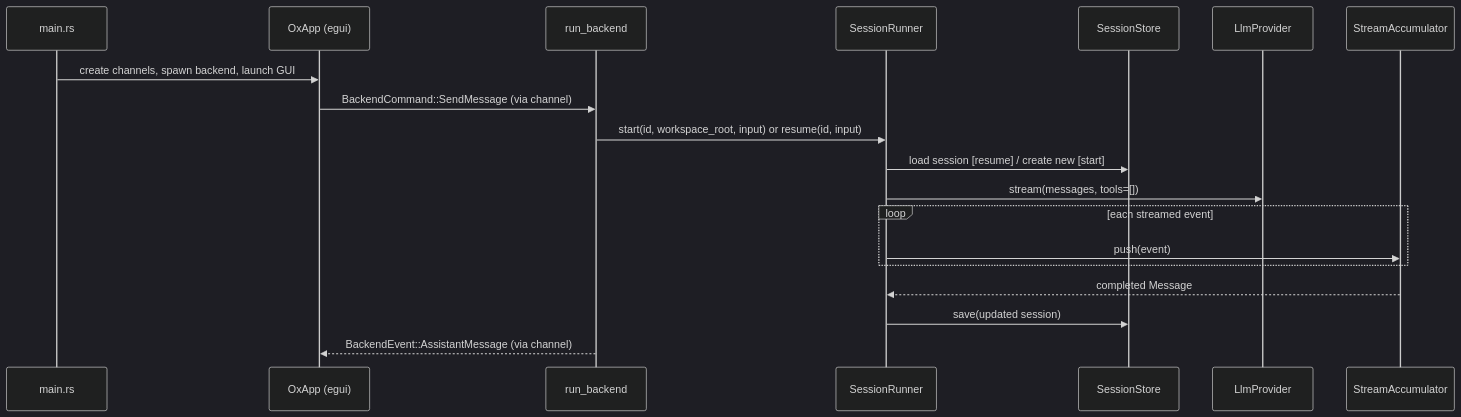
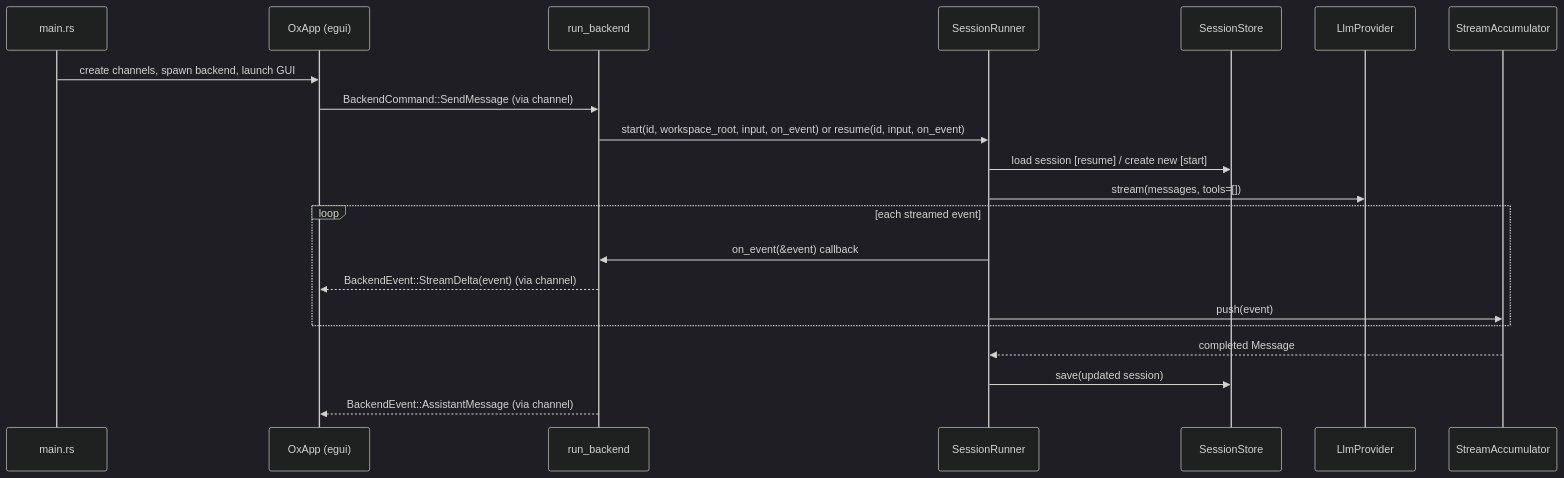
The second of 2 diagrams in AGENTS.md (kkestell/ox-rs), drawn with Mermaid (dark theme) before and after one commit. The commit also changed other lines of this file and 4 other files, not shown here.

````diff
--- a/AGENTS.md
+++ b/AGENTS.md
@@ -71,24 +71,26 @@
 ```mermaid
 sequenceDiagram
     participant M as main.rs
     participant G as OxApp (egui)
     participant BC as run_backend
     participant SR as SessionRunner
     participant SS as SessionStore
     participant LP as LlmProvider
     participant ACC as StreamAccumulator
 
     M->>G: create channels, spawn backend, launch GUI
     G->>BC: BackendCommand::SendMessage (via channel)
-    BC->>SR: start(id, workspace_root, input) or resume(id, input)
+    BC->>SR: start(id, workspace_root, input, on_event) or resume(id, input, on_event)
     SR->>SS: load session [resume] / create new [start]
     SR->>LP: stream(messages, tools=[])
 
     loop each streamed event
+        SR->>BC: on_event(&event) callback
+        BC-->>G: BackendEvent::StreamDelta(event) (via channel)
         SR->>ACC: push(event)
     end
 
     ACC-->>SR: completed Message
     SR->>SS: save(updated session)
     BC-->>G: BackendEvent::AssistantMessage (via channel)
 ```
````
